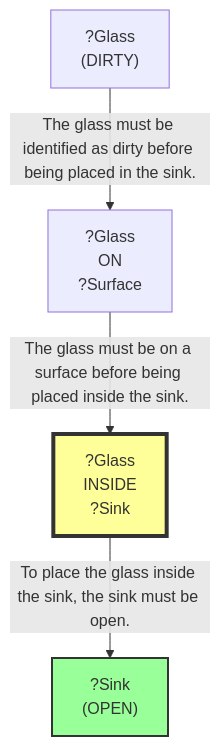
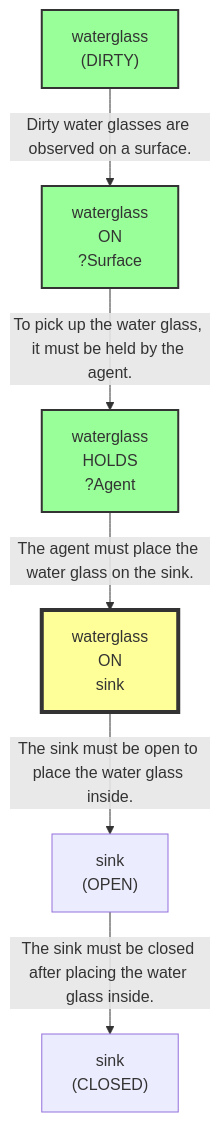
The ninth of 10 diagrams in evaluation/results/table4/_raw/qwen/run_T4_qwen_M1_03.md (scuama/virtualhome), drawn with Mermaid before and after one commit. The commit also changed other lines of this file and 368 other files, not shown here.

````diff
--- a/evaluation/results/table4/_raw/qwen/run_T4_qwen_M1_03.md
+++ b/evaluation/results/table4/_raw/qwen/run_T4_qwen_M1_03.md
@@ -812,12 +772,18 @@
 ```mermaid
 graph TD
-    N1["?Glass<br>(DIRTY)"]
-    N2["?Glass<br>ON<br>?Surface"]
-    N3["?Glass<br>INSIDE<br>?Sink"]
-    style N3 fill:#ff9,stroke:#333,stroke-width:4px
-    N4["?Sink<br>(OPEN)"]
-    style N4 fill:#9f9,stroke:#333,stroke-width:2px
-    N3 -->|"To place the glass inside the sink, the sink must be open."| N4
-    N2 -->|"The glass must be on a surface before being placed inside the sink."| N3
-    N1 -->|"The glass must be identified as dirty before being placed in the sink."| N2
+    N1["waterglass<br>(DIRTY)"]
+    style N1 fill:#9f9,stroke:#333,stroke-width:2px
+    N2["waterglass<br>ON<br>?Surface"]
+    style N2 fill:#9f9,stroke:#333,stroke-width:2px
+    N3["waterglass<br>HOLDS<br>?Agent"]
+    style N3 fill:#9f9,stroke:#333,stroke-width:2px
+    N4["waterglass<br>ON<br>sink"]
+    style N4 fill:#ff9,stroke:#333,stroke-width:4px
+    N5["sink<br>(OPEN)"]
+    N6["sink<br>(CLOSED)"]
+    N1 -->|"Dirty water glasses are observed on a surface."| N2
+    N2 -->|"To pick up the water glass, it must be held by the agent."| N3
+    N3 -->|"The agent must place the water glass on the sink."| N4
+    N4 -->|"The sink must be open to place the water glass inside."| N5
+    N5 -->|"The sink must be closed after placing the water glass inside."| N6
 ```
````
